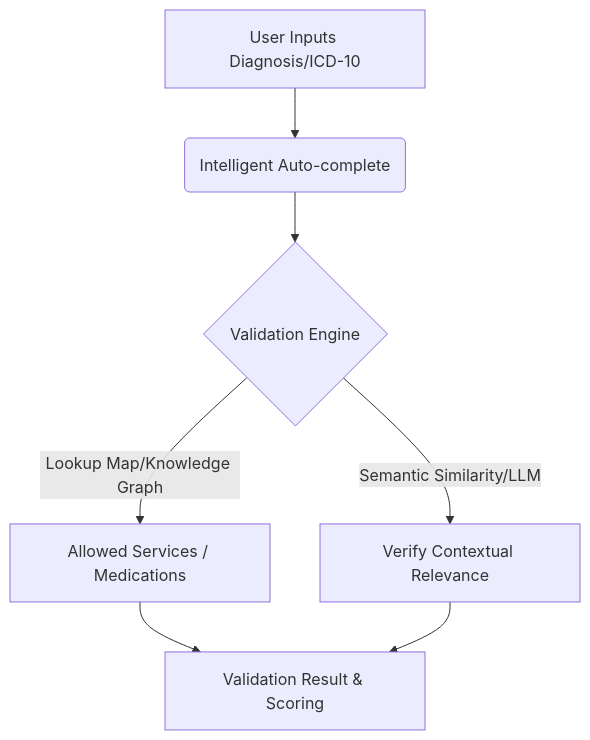
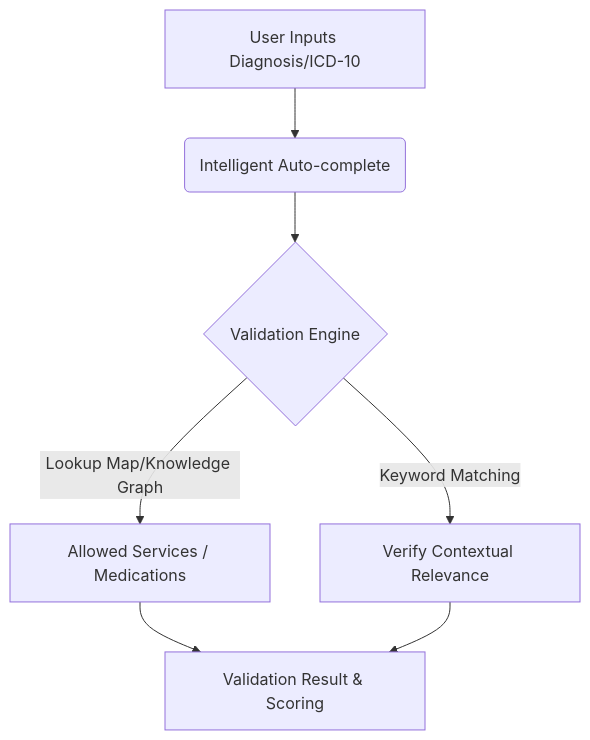
Before and after one commit to saurav8989/ClaimSenseAI: the first of 3 diagrams in research_notes.md, drawn with Mermaid. The commit also changed other lines of this file, not shown here.

Commit message:
docs: Revert LLM and Gemini API to local keyword matching

````diff
--- a/research_notes.md
+++ b/research_notes.md
@@ -28,9 +28,9 @@
 ```mermaid
 graph TD
     A[User Inputs Diagnosis/ICD-10] --> B(Intelligent Auto-complete)
     B --> C{Validation Engine}
     C -->|Lookup Map/Knowledge Graph| D[Allowed Services / Medications]
-    C -->|Semantic Similarity/LLM| E[Verify Contextual Relevance]
+    C -->|Keyword Matching| E[Verify Contextual Relevance]
     D --> F[Validation Result & Scoring]
     E --> F
 ```
````
